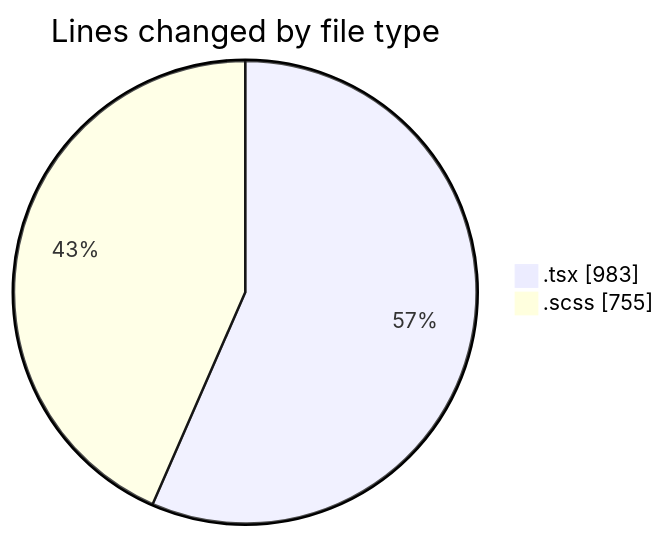
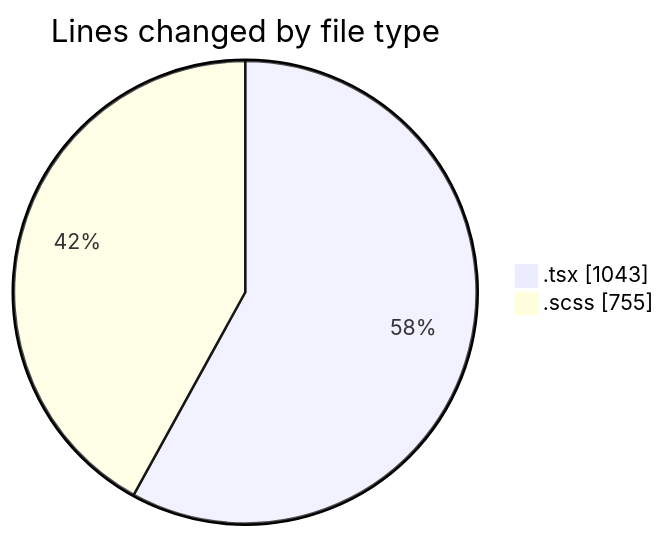
Before and after one commit to momahboobian/code-tracking: the first of 2 diagrams in 2025-10-06/cda/README.md, drawn with Mermaid. The commit also changed other lines of this file and 1 other file, not shown here.

````diff
--- a/2025-10-06/cda/README.md
+++ b/2025-10-06/cda/README.md
@@ -24,6 +24,6 @@
 ```mermaid
 pie showData
 title Lines changed by file type
-".tsx" : 983
+".tsx" : 1043
 ".scss" : 755
 ```
````
